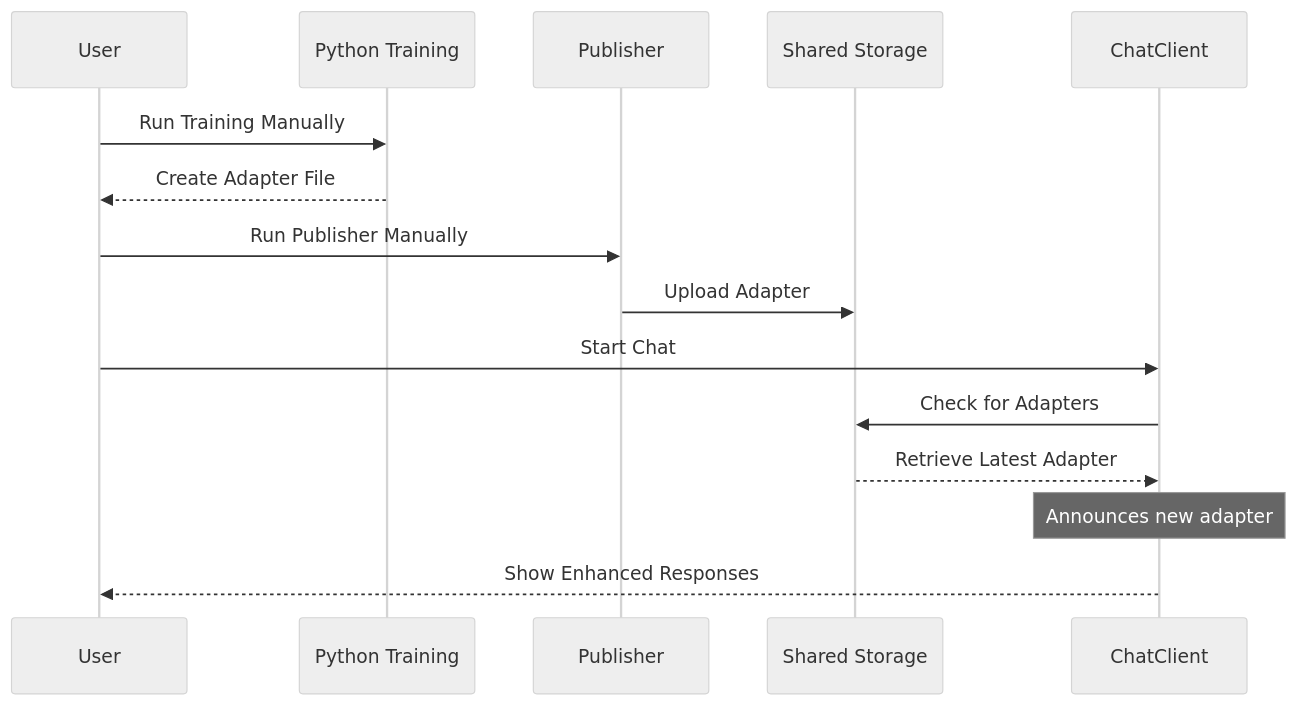
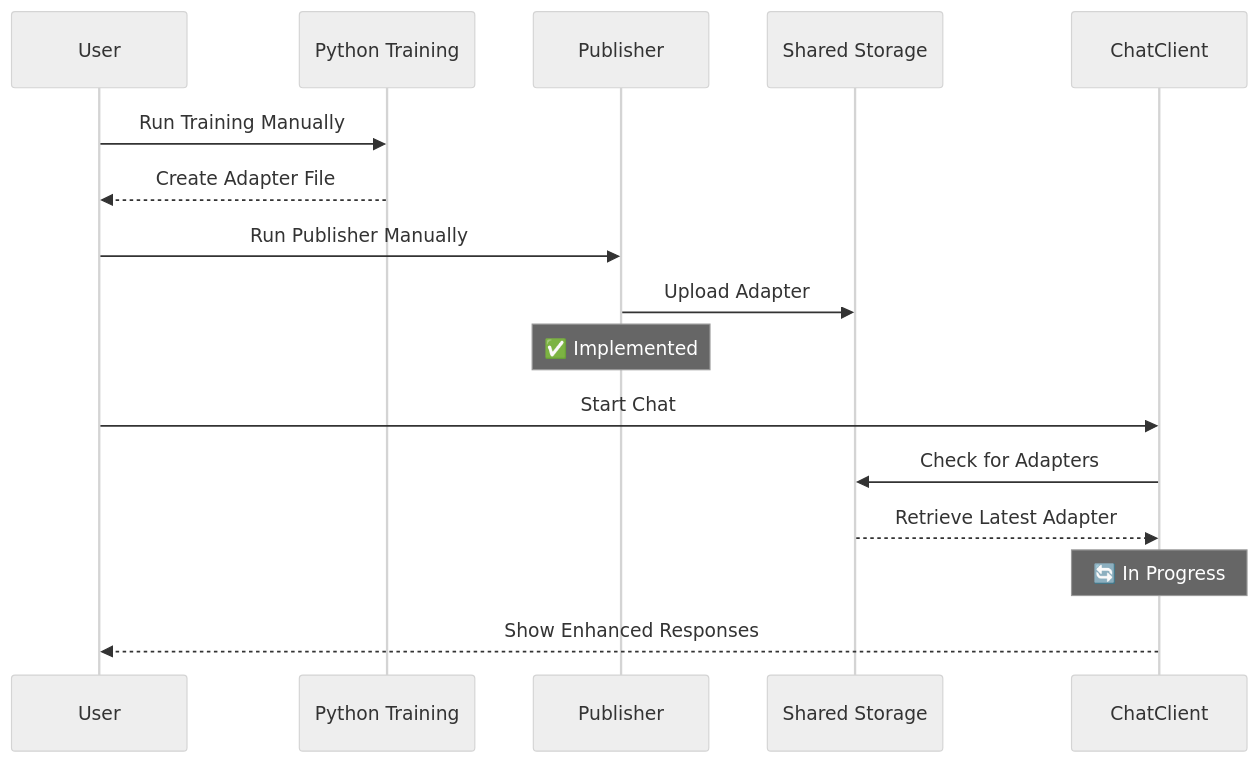
One commit to gsinghjay/LLMAdapterClient changed the second of 6 diagrams in STORY.md. Above: the diagram before and after it, drawn with Mermaid (neutral theme). The commit also changed other lines of this file, not shown here.

````diff
--- a/STORY.md
+++ b/STORY.md
@@ -44,19 +44,20 @@
 ```mermaid
 sequenceDiagram
     participant User
     participant Training as Python Training
     participant Publisher
     participant Storage as Shared Storage
     participant ChatClient
     
     User->>Training: Run Training Manually
     Training-->>User: Create Adapter File
     User->>Publisher: Run Publisher Manually
     Publisher->>Storage: Upload Adapter
+    Note over Publisher: ✅ Implemented
     
     User->>ChatClient: Start Chat
     ChatClient->>Storage: Check for Adapters
     Storage-->>ChatClient: Retrieve Latest Adapter
-    Note over ChatClient: Announces new adapter
+    Note over ChatClient: 🔄 In Progress
     ChatClient-->>User: Show Enhanced Responses
 ```
````
